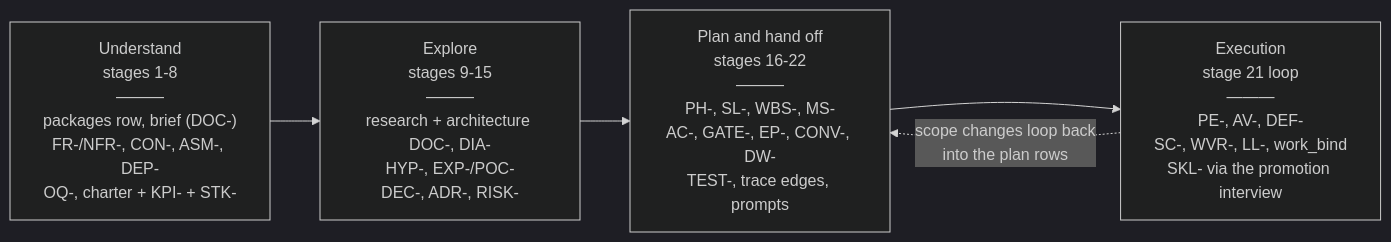
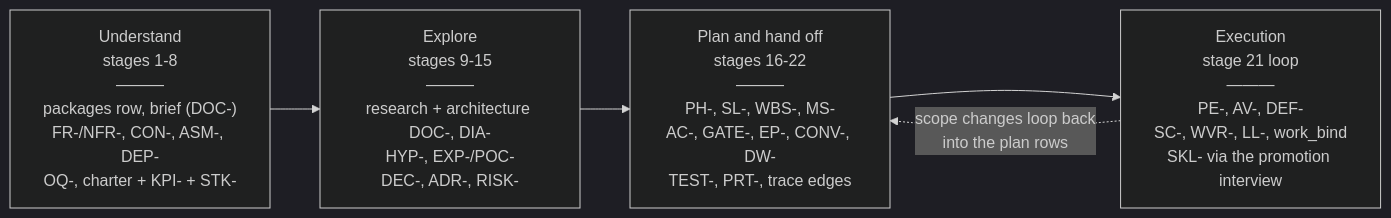
One commit to A-H-911/tamheed changed the first of 10 diagrams in docs/entities.md. Above: the diagram before and after it, drawn with Mermaid (dark theme). The commit also changed other lines of this file and 25 other files, not shown here.

````diff
--- a/docs/entities.md
+++ b/docs/entities.md
@@ -33,9 +33,9 @@
 ```mermaid
 flowchart LR
     U["Understand<br/>stages 1-8<br/>―――<br/>packages row, brief (DOC-)<br/>FR-/NFR-, CON-, ASM-, DEP-<br/>OQ-, charter + KPI- + STK-"]
     E["Explore<br/>stages 9-15<br/>―――<br/>research + architecture DOC-, DIA-<br/>HYP-, EXP-/POC-<br/>DEC-, ADR-, RISK-"]
-    P["Plan and hand off<br/>stages 16-22<br/>―――<br/>PH-, SL-, WBS-, MS-<br/>AC-, GATE-, EP-, CONV-, DW-<br/>TEST-, trace edges, prompts"]
+    P["Plan and hand off<br/>stages 16-22<br/>―――<br/>PH-, SL-, WBS-, MS-<br/>AC-, GATE-, EP-, CONV-, DW-<br/>TEST-, PRT-, trace edges"]
     X["Execution<br/>stage 21 loop<br/>―――<br/>PE-, AV-, DEF-<br/>SC-, WVR-, LL-, work_bind<br/>SKL- via the promotion interview"]
     U --> E --> P --> X
     X -. "scope changes loop back<br/>into the plan rows" .-> P
 ```
````
